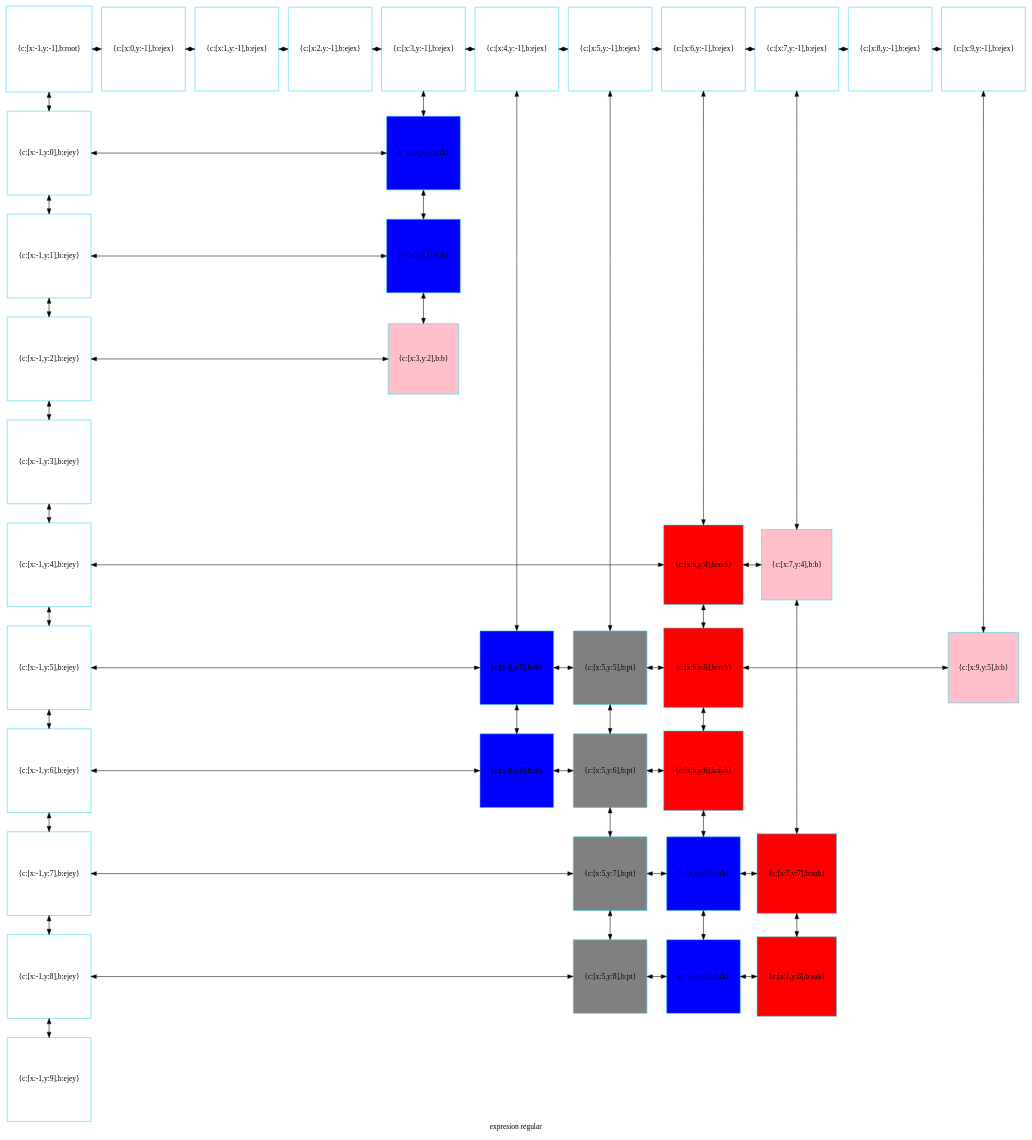
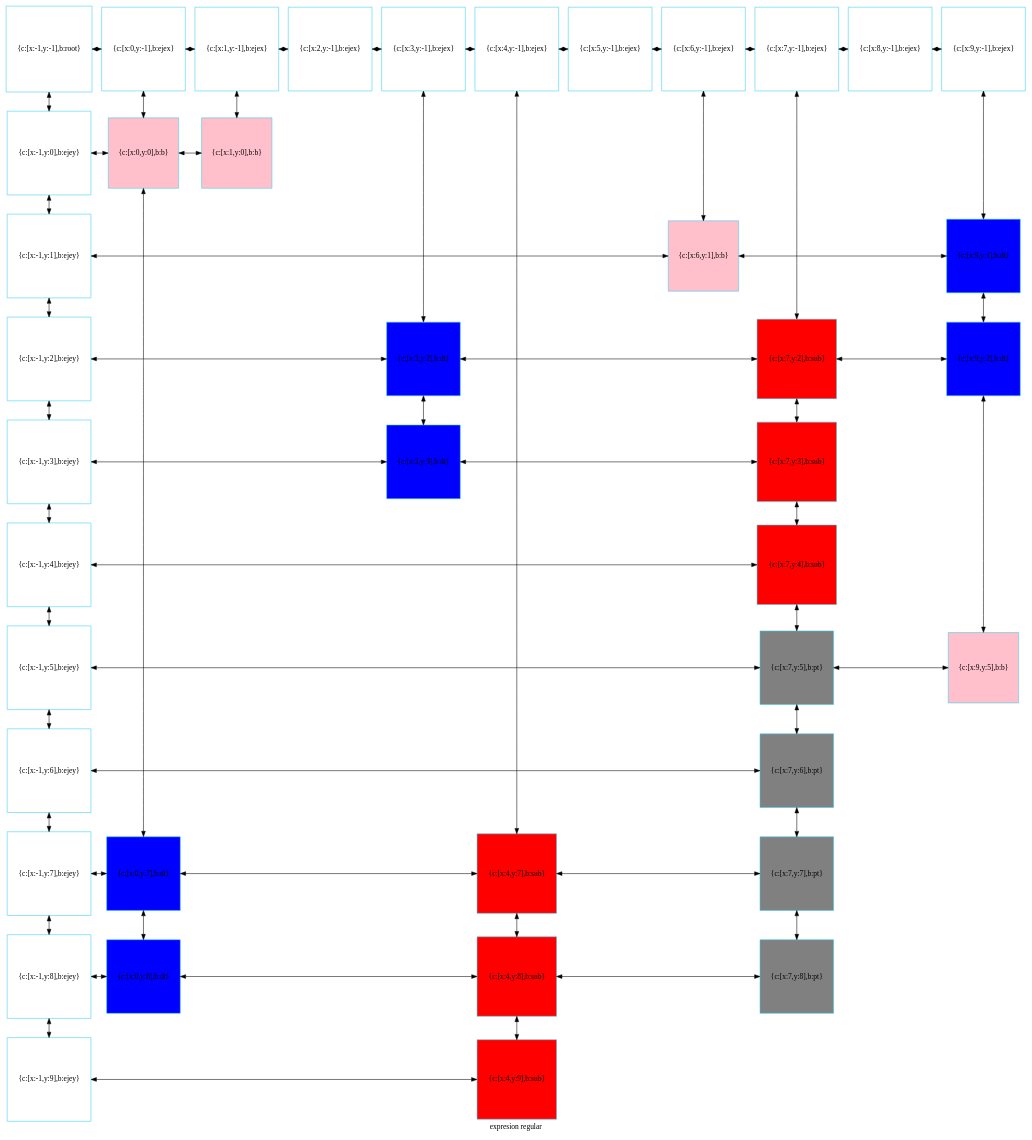
The diagram in compu.dot (betebetoven/EDDS2F2), drawn with Graphviz before and after one commit. The commit also changed 27 other files, not shown here.

```diff
--- a/compu.dot
+++ b/compu.dot
@@ -1,115 +1,121 @@
 digraph G
 {label="expresion regular"
         node[shape = square]
         node[style = filled]
         node[fillcolor = "#EEEEE"]
         node[color = "#EEEEE"]
         node[color = "#31CEF0"]
 
-1654816002288[label="{c:[x:-1,y:-1],b:root}",fillcolor = "white"]
-1654816001424[label="{c:[x:0,y:-1],b:ejex}",fillcolor = "white"]
-1654816001520[label="{c:[x:1,y:-1],b:ejex}",fillcolor = "white"]
-1654816002432[label="{c:[x:2,y:-1],b:ejex}",fillcolor = "white"]
-1654816001664[label="{c:[x:3,y:-1],b:ejex}",fillcolor = "white"]
-1654816002576[label="{c:[x:4,y:-1],b:ejex}",fillcolor = "white"]
-1654816002720[label="{c:[x:5,y:-1],b:ejex}",fillcolor = "white"]
-1654816002864[label="{c:[x:6,y:-1],b:ejex}",fillcolor = "white"]
-1654816003008[label="{c:[x:7,y:-1],b:ejex}",fillcolor = "white"]
-1654816003152[label="{c:[x:8,y:-1],b:ejex}",fillcolor = "white"]
-1654816003296[label="{c:[x:9,y:-1],b:ejex}",fillcolor = "white"]
-1654816003440[label="{c:[x:-1,y:0],b:ejey}",fillcolor = "white"]
-1654816008336[label="{c:[x:3,y:0],b:dt}",fillcolor = "blue"]
-1654816003584[label="{c:[x:-1,y:1],b:ejey}",fillcolor = "white"]
-1654816008672[label="{c:[x:3,y:1],b:dt}",fillcolor = "blue"]
-1654816003728[label="{c:[x:-1,y:2],b:ejey}",fillcolor = "white"]
-1654816010352[label="{c:[x:3,y:2],b:b}",fillcolor = "pink"]
-1654816003872[label="{c:[x:-1,y:3],b:ejey}",fillcolor = "white"]
-1654816004016[label="{c:[x:-1,y:4],b:ejey}",fillcolor = "white"]
-1654816006320[label="{c:[x:6,y:4],b:sub}",fillcolor = "red"]
-1654816011408[label="{c:[x:7,y:4],b:b}",fillcolor = "pink"]
-1654816004160[label="{c:[x:-1,y:5],b:ejey}",fillcolor = "white"]
-1654816009008[label="{c:[x:4,y:5],b:dt}",fillcolor = "blue"]
-1654816005216[label="{c:[x:5,y:5],b:pt}",fillcolor = "gray"]
-1654816006656[label="{c:[x:6,y:5],b:sub}",fillcolor = "red"]
-1654816011024[label="{c:[x:9,y:5],b:b}",fillcolor = "pink"]
-1654816004304[label="{c:[x:-1,y:6],b:ejey}",fillcolor = "white"]
-1654816009344[label="{c:[x:4,y:6],b:dt}",fillcolor = "blue"]
-1654816005312[label="{c:[x:5,y:6],b:pt}",fillcolor = "gray"]
-1654816006992[label="{c:[x:6,y:6],b:sub}",fillcolor = "red"]
-1654816004448[label="{c:[x:-1,y:7],b:ejey}",fillcolor = "white"]
-1654816005072[label="{c:[x:5,y:7],b:pt}",fillcolor = "gray"]
-1654816009680[label="{c:[x:6,y:7],b:dt}",fillcolor = "blue"]
-1654816007328[label="{c:[x:7,y:7],b:sub}",fillcolor = "red"]
-1654816004592[label="{c:[x:-1,y:8],b:ejey}",fillcolor = "white"]
-1654816005984[label="{c:[x:5,y:8],b:pt}",fillcolor = "gray"]
-1654816010016[label="{c:[x:6,y:8],b:dt}",fillcolor = "blue"]
-1654816007664[label="{c:[x:7,y:8],b:sub}",fillcolor = "red"]
-1654816004736[label="{c:[x:-1,y:9],b:ejey}",fillcolor = "white"]
-1654816002288->1654816003440[dir = both];
-1654816003440->1654816003584[dir = both];
-1654816003584->1654816003728[dir = both];
-1654816003728->1654816003872[dir = both];
-1654816003872->1654816004016[dir = both];
-1654816004016->1654816004160[dir = both];
-1654816004160->1654816004304[dir = both];
-1654816004304->1654816004448[dir = both];
-1654816004448->1654816004592[dir = both];
-1654816004592->1654816004736[dir = both];
-1654816001664->1654816008336[dir = both];
-1654816008336->1654816008672[dir = both];
-1654816008672->1654816010352[dir = both];
-1654816002576->1654816009008[dir = both];
-1654816009008->1654816009344[dir = both];
-1654816002720->1654816005216[dir = both];
-1654816005216->1654816005312[dir = both];
-1654816005312->1654816005072[dir = both];
-1654816005072->1654816005984[dir = both];
-1654816002864->1654816006320[dir = both];
-1654816006320->1654816006656[dir = both];
-1654816006656->1654816006992[dir = both];
-1654816006992->1654816009680[dir = both];
-1654816009680->1654816010016[dir = both];
-1654816003008->1654816011408[dir = both];
-1654816011408->1654816007328[dir = both];
-1654816007328->1654816007664[dir = both];
-1654816003296->1654816011024[dir = both];
-1654816002288->1654816001424[dir = both];
-1654816001424->1654816001520[dir = both];
-1654816001520->1654816002432[dir = both];
-1654816002432->1654816001664[dir = both];
-1654816001664->1654816002576[dir = both];
-1654816002576->1654816002720[dir = both];
-1654816002720->1654816002864[dir = both];
-1654816002864->1654816003008[dir = both];
-1654816003008->1654816003152[dir = both];
-1654816003152->1654816003296[dir = both];
-1654816003440->1654816008336[constraint=false,dir = both];
-1654816003584->1654816008672[constraint=false,dir = both];
-1654816003728->1654816010352[constraint=false,dir = both];
-1654816004016->1654816006320[constraint=false,dir = both];
-1654816006320->1654816011408[constraint=false,dir = both];
-1654816004160->1654816009008[constraint=false,dir = both];
-1654816009008->1654816005216[constraint=false,dir = both];
-1654816005216->1654816006656[constraint=false,dir = both];
-1654816006656->1654816011024[constraint=false,dir = both];
-1654816004304->1654816009344[constraint=false,dir = both];
-1654816009344->1654816005312[constraint=false,dir = both];
-1654816005312->1654816006992[constraint=false,dir = both];
-1654816004448->1654816005072[constraint=false,dir = both];
-1654816005072->1654816009680[constraint=false,dir = both];
-1654816009680->1654816007328[constraint=false,dir = both];
-1654816004592->1654816005984[constraint=false,dir = both];
-1654816005984->1654816010016[constraint=false,dir = both];
-1654816010016->1654816007664[constraint=false,dir = both];
- {rank=same; 1654816002288;1654816001424;1654816001520;1654816002432;1654816001664;1654816002576;1654816002720;1654816002864;1654816003008;1654816003152;1654816003296;}
- {rank=same; 1654816003440;1654816008336;}
- {rank=same; 1654816003584;1654816008672;}
- {rank=same; 1654816003728;1654816010352;}
- {rank=same; 1654816003872;}
- {rank=same; 1654816004016;1654816006320;1654816011408;}
- {rank=same; 1654816004160;1654816009008;1654816005216;1654816006656;1654816011024;}
- {rank=same; 1654816004304;1654816009344;1654816005312;1654816006992;}
- {rank=same; 1654816004448;1654816005072;1654816009680;1654816007328;}
- {rank=same; 1654816004592;1654816005984;1654816010016;1654816007664;}
- {rank=same; 1654816004736;}
+2268185754688[label="{c:[x:-1,y:-1],b:root}",fillcolor = "white"]
+2268185754448[label="{c:[x:0,y:-1],b:ejex}",fillcolor = "white"]
+2268185754592[label="{c:[x:1,y:-1],b:ejex}",fillcolor = "white"]
+2268185755504[label="{c:[x:2,y:-1],b:ejex}",fillcolor = "white"]
+2268186034336[label="{c:[x:3,y:-1],b:ejex}",fillcolor = "white"]
+2268186034384[label="{c:[x:4,y:-1],b:ejex}",fillcolor = "white"]
+2268186034528[label="{c:[x:5,y:-1],b:ejex}",fillcolor = "white"]
+2268186034672[label="{c:[x:6,y:-1],b:ejex}",fillcolor = "white"]
+2268186034816[label="{c:[x:7,y:-1],b:ejex}",fillcolor = "white"]
+2268186034960[label="{c:[x:8,y:-1],b:ejex}",fillcolor = "white"]
+2268186035104[label="{c:[x:9,y:-1],b:ejex}",fillcolor = "white"]
+2268186035248[label="{c:[x:-1,y:0],b:ejey}",fillcolor = "white"]
+2268186042160[label="{c:[x:0,y:0],b:b}",fillcolor = "pink"]
+2268186042496[label="{c:[x:1,y:0],b:b}",fillcolor = "pink"]
+2268186035392[label="{c:[x:-1,y:1],b:ejey}",fillcolor = "white"]
+2268186042976[label="{c:[x:6,y:1],b:b}",fillcolor = "pink"]
+2268186040816[label="{c:[x:9,y:1],b:dt}",fillcolor = "blue"]
+2268186035536[label="{c:[x:-1,y:2],b:ejey}",fillcolor = "white"]
+2268186040144[label="{c:[x:3,y:2],b:dt}",fillcolor = "blue"]
+2268186038128[label="{c:[x:7,y:2],b:sub}",fillcolor = "red"]
+2268186041824[label="{c:[x:9,y:2],b:dt}",fillcolor = "blue"]
+2268186035680[label="{c:[x:-1,y:3],b:ejey}",fillcolor = "white"]
+2268186040480[label="{c:[x:3,y:3],b:dt}",fillcolor = "blue"]
+2268186038464[label="{c:[x:7,y:3],b:sub}",fillcolor = "red"]
+2268186035824[label="{c:[x:-1,y:4],b:ejey}",fillcolor = "white"]
+2268186038800[label="{c:[x:7,y:4],b:sub}",fillcolor = "red"]
+2268186035968[label="{c:[x:-1,y:5],b:ejey}",fillcolor = "white"]
+2268186036784[label="{c:[x:7,y:5],b:pt}",fillcolor = "gray"]
+2268186042928[label="{c:[x:9,y:5],b:b}",fillcolor = "pink"]
+2268186036112[label="{c:[x:-1,y:6],b:ejey}",fillcolor = "white"]
+2268186037120[label="{c:[x:7,y:6],b:pt}",fillcolor = "gray"]
+2268186036256[label="{c:[x:-1,y:7],b:ejey}",fillcolor = "white"]
+2268186040864[label="{c:[x:0,y:7],b:dt}",fillcolor = "blue"]
+2268186039136[label="{c:[x:4,y:7],b:sub}",fillcolor = "red"]
+2268186037456[label="{c:[x:7,y:7],b:pt}",fillcolor = "gray"]
+2268186036400[label="{c:[x:-1,y:8],b:ejey}",fillcolor = "white"]
+2268186041200[label="{c:[x:0,y:8],b:dt}",fillcolor = "blue"]
+2268186039472[label="{c:[x:4,y:8],b:sub}",fillcolor = "red"]
+2268186037792[label="{c:[x:7,y:8],b:pt}",fillcolor = "gray"]
+2268186036544[label="{c:[x:-1,y:9],b:ejey}",fillcolor = "white"]
+2268186039808[label="{c:[x:4,y:9],b:sub}",fillcolor = "red"]
+2268185754688->2268186035248[dir = both];
+2268186035248->2268186035392[dir = both];
+2268186035392->2268186035536[dir = both];
+2268186035536->2268186035680[dir = both];
+2268186035680->2268186035824[dir = both];
+2268186035824->2268186035968[dir = both];
+2268186035968->2268186036112[dir = both];
+2268186036112->2268186036256[dir = both];
+2268186036256->2268186036400[dir = both];
+2268186036400->2268186036544[dir = both];
+2268185754448->2268186042160[dir = both];
+2268186042160->2268186040864[dir = both];
+2268186040864->2268186041200[dir = both];
+2268185754592->2268186042496[dir = both];
+2268186034336->2268186040144[dir = both];
+2268186040144->2268186040480[dir = both];
+2268186034384->2268186039136[dir = both];
+2268186039136->2268186039472[dir = both];
+2268186039472->2268186039808[dir = both];
+2268186034672->2268186042976[dir = both];
+2268186034816->2268186038128[dir = both];
+2268186038128->2268186038464[dir = both];
+2268186038464->2268186038800[dir = both];
+2268186038800->2268186036784[dir = both];
+2268186036784->2268186037120[dir = both];
+2268186037120->2268186037456[dir = both];
+2268186037456->2268186037792[dir = both];
+2268186035104->2268186040816[dir = both];
+2268186040816->2268186041824[dir = both];
+2268186041824->2268186042928[dir = both];
+2268185754688->2268185754448[dir = both];
+2268185754448->2268185754592[dir = both];
+2268185754592->2268185755504[dir = both];
+2268185755504->2268186034336[dir = both];
+2268186034336->2268186034384[dir = both];
+2268186034384->2268186034528[dir = both];
+2268186034528->2268186034672[dir = both];
+2268186034672->2268186034816[dir = both];
+2268186034816->2268186034960[dir = both];
+2268186034960->2268186035104[dir = both];
+2268186035248->2268186042160[constraint=false,dir = both];
+2268186042160->2268186042496[constraint=false,dir = both];
+2268186035392->2268186042976[constraint=false,dir = both];
+2268186042976->2268186040816[constraint=false,dir = both];
+2268186035536->2268186040144[constraint=false,dir = both];
+2268186040144->2268186038128[constraint=false,dir = both];
+2268186038128->2268186041824[constraint=false,dir = both];
+2268186035680->2268186040480[constraint=false,dir = both];
+2268186040480->2268186038464[constraint=false,dir = both];
+2268186035824->2268186038800[constraint=false,dir = both];
+2268186035968->2268186036784[constraint=false,dir = both];
+2268186036784->2268186042928[constraint=false,dir = both];
+2268186036112->2268186037120[constraint=false,dir = both];
+2268186036256->2268186040864[constraint=false,dir = both];
+2268186040864->2268186039136[constraint=false,dir = both];
+2268186039136->2268186037456[constraint=false,dir = both];
+2268186036400->2268186041200[constraint=false,dir = both];
+2268186041200->2268186039472[constraint=false,dir = both];
+2268186039472->2268186037792[constraint=false,dir = both];
+2268186036544->2268186039808[constraint=false,dir = both];
+ {rank=same; 2268185754688;2268185754448;2268185754592;2268185755504;2268186034336;2268186034384;2268186034528;2268186034672;2268186034816;2268186034960;2268186035104;}
+ {rank=same; 2268186035248;2268186042160;2268186042496;}
+ {rank=same; 2268186035392;2268186042976;2268186040816;}
+ {rank=same; 2268186035536;2268186040144;2268186038128;2268186041824;}
+ {rank=same; 2268186035680;2268186040480;2268186038464;}
+ {rank=same; 2268186035824;2268186038800;}
+ {rank=same; 2268186035968;2268186036784;2268186042928;}
+ {rank=same; 2268186036112;2268186037120;}
+ {rank=same; 2268186036256;2268186040864;2268186039136;2268186037456;}
+ {rank=same; 2268186036400;2268186041200;2268186039472;2268186037792;}
+ {rank=same; 2268186036544;2268186039808;}
 }
```
